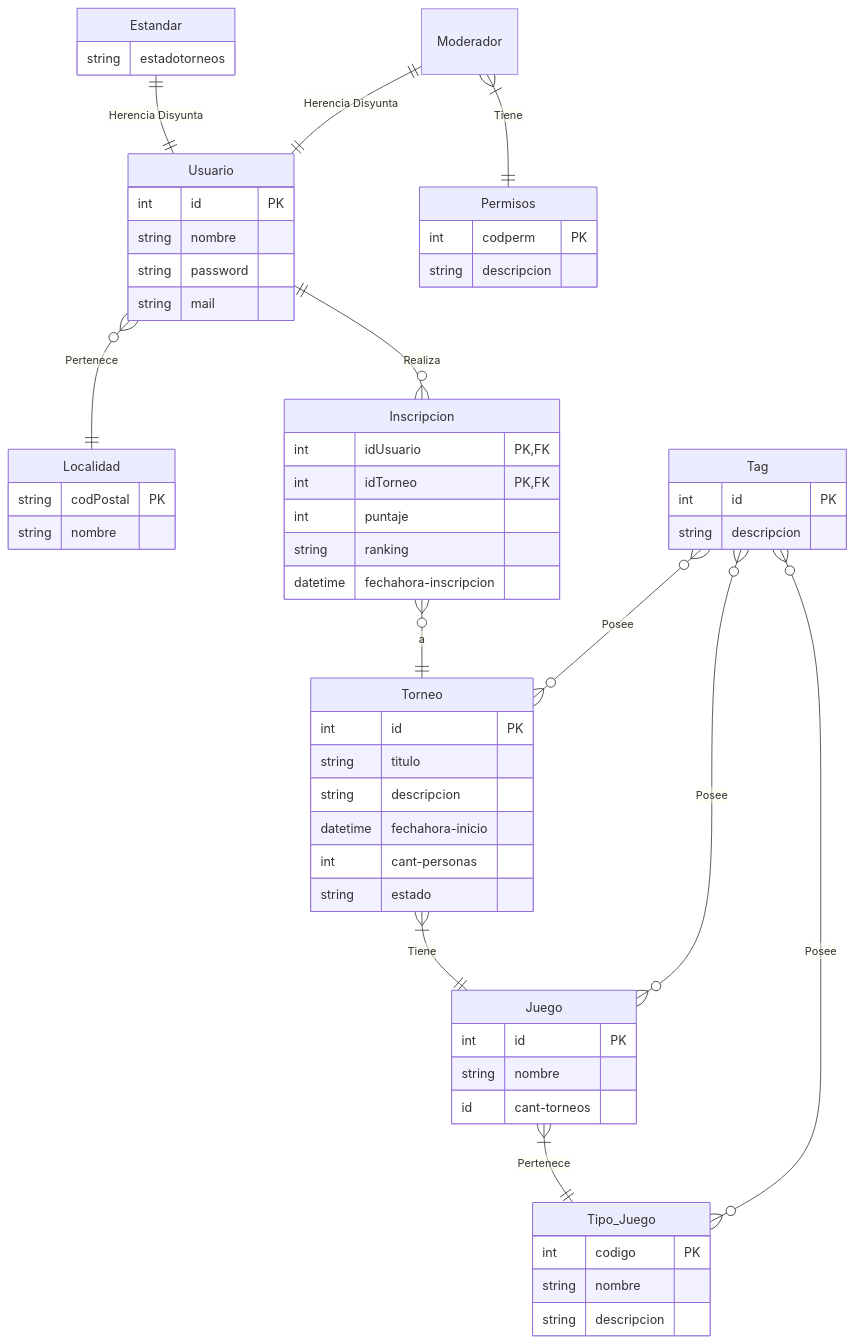
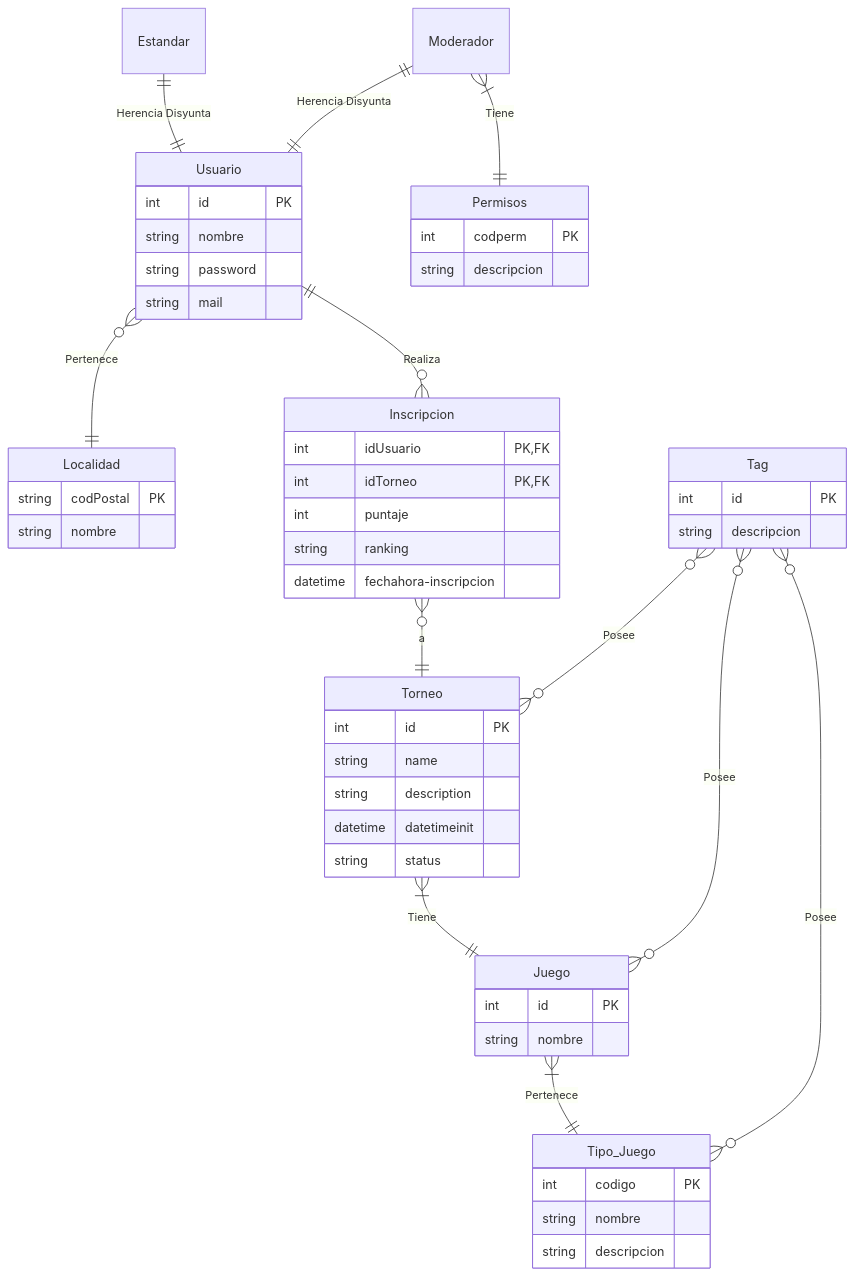
One commit to MarthQ/gestion-torneos-dsw changed the diagram in README.md. Above: the diagram before and after it, drawn with Mermaid. The commit also changed other lines of this file and 11 other files, not shown here.

````diff
--- a/README.md
+++ b/README.md
@@ -30,73 +30,70 @@
 ```mermaid
 erDiagram
     Usuario {
         int id PK
         string nombre
         string password
         string mail
     }
 
     Localidad {
         string codPostal PK
         string nombre
     }
 
     Juego {
         int id PK
         string nombre
-        id cant-torneos
     }
 
     Tipo_Juego {
         int codigo PK
         string nombre
         string descripcion
 
     }
 
     Torneo {
         int id PK
-        string titulo
-        string descripcion
-        datetime fechahora-inicio
-        int cant-personas
-        string estado
+        string name
+        string description
+        datetime datetimeinit
+        string status
     }
 
     Tag {
         int id PK
         string descripcion
     }
 
 
     Inscripcion {
         int idUsuario PK,FK
         int idTorneo PK,FK
         int puntaje
         string ranking
         datetime fechahora-inscripcion
     }
 
     Estandar {
-        string estadotorneos
     }
 
     Moderador {}
 
     Permisos {
         int codperm PK
         string descripcion
     }
 
     Usuario }o--|| Localidad: Pertenece
     Usuario ||--o{ Inscripcion: Realiza
     Inscripcion }o--|| Torneo: a
     Torneo }|--|| Juego: Tiene
     Juego }|--|| Tipo_Juego: Pertenece
     Tag }o--o{ Tipo_Juego: Posee
     Tag }o--o{ Juego: Posee
     Tag }o--o{ Torneo: Posee
     Moderador }|--|| Permisos: Tiene
     Estandar ||--|| Usuario: "Herencia Disyunta"
     Moderador ||--|| Usuario: "Herencia Disyunta"
 ```
````
